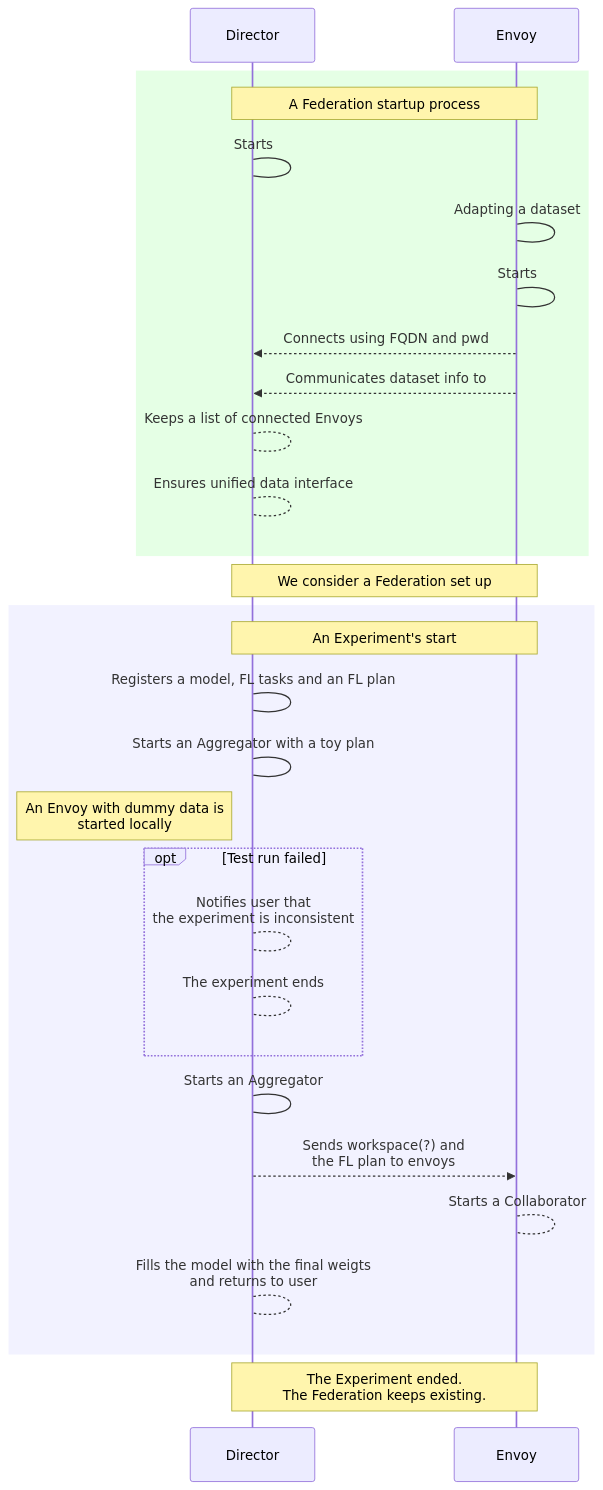
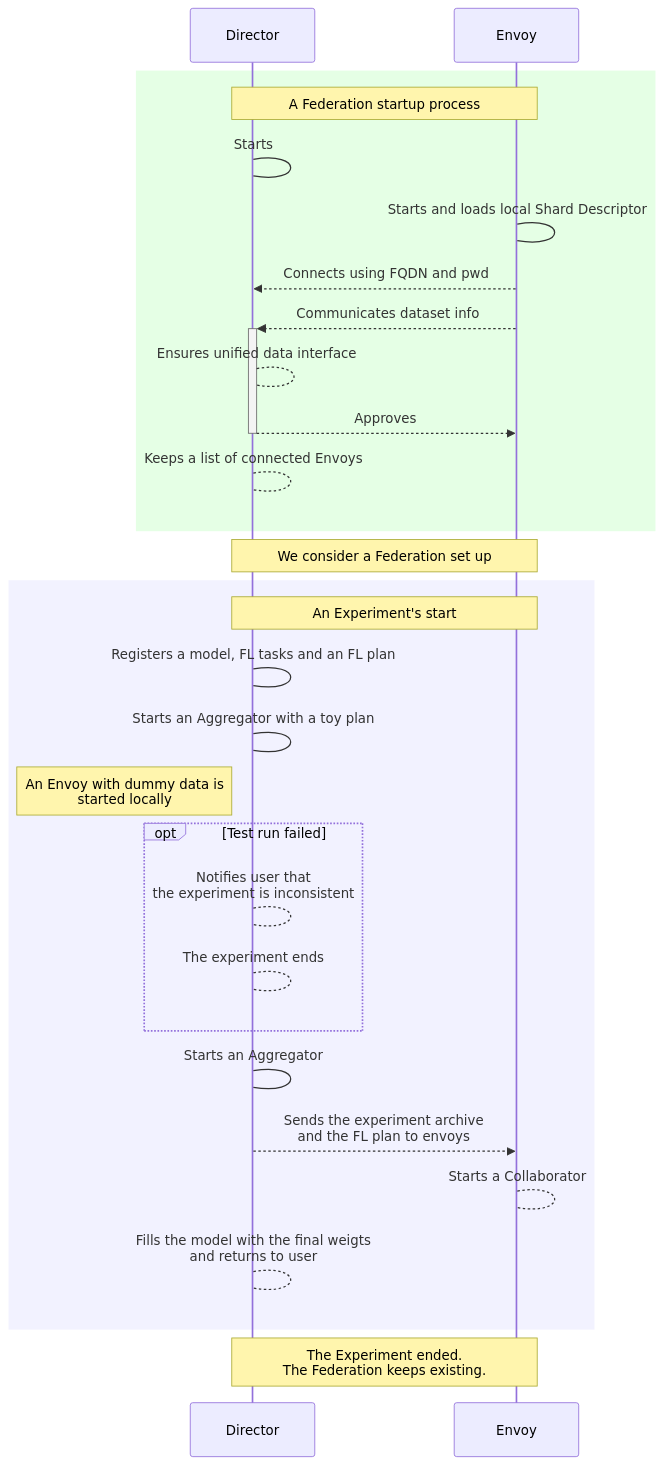
One commit to securefederatedai/openfl changed the diagram in docs/source/openfl/director_envoy.mmd. Above: the diagram before and after it, drawn with Mermaid. The commit also changed 3 other files, not shown here.

Commit message:
added one mode diagram

```diff
--- a/docs/source/openfl/director_envoy.mmd
+++ b/docs/source/openfl/director_envoy.mmd
@@ -1,29 +1,30 @@
 sequenceDiagram
     participant D as Director
     participant E as Envoy
     rect rgb(0, 255, 0,.1)
         Note over D,E: A Federation startup process
         D->D: Starts
-        E->E: Adapting a dataset
-        E->E: Starts
+        E->E: Starts and loads local Shard Descriptor
         E-->>D: Connects using FQDN and pwd
-        E-->>D: Communicates dataset info to
+        E-->>+D: Communicates dataset info
+        D-->D: Ensures unified data interface
+        D-->>-E: Approves
         D-->D: Keeps a list of connected Envoys
-        D-->D: Ensures unified data interface
+        
     end
     Note over D,E: We consider a Federation set up
     rect rgb(0, 0, 255,.05)
         Note over D,E: An Experiment's start
         D->D: Registers a model, FL tasks and an FL plan
         D->D:Starts an Aggregator with a toy plan
         Note left of D: An Envoy with dummy data is <br>started locally
         opt Test run failed
             D-->D: Notifies user that <br>the experiment is inconsistent
             D-->D: The experiment ends
         end
         D->D: Starts an Aggregator
-        D-->>E: Sends workspace(?) and <br>the FL plan to envoys
+        D-->>E: Sends the experiment archive <br>and the FL plan to envoys
         E-->E: Starts a Collaborator
         D-->D: Fills the model with the final weigts <br>and returns to user
     end
     Note over D,E: The Experiment ended. <br> The Federation keeps existing.
```
